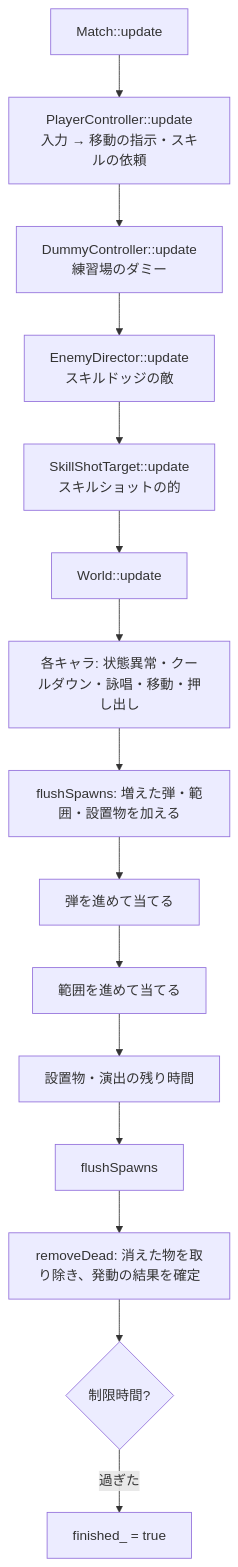
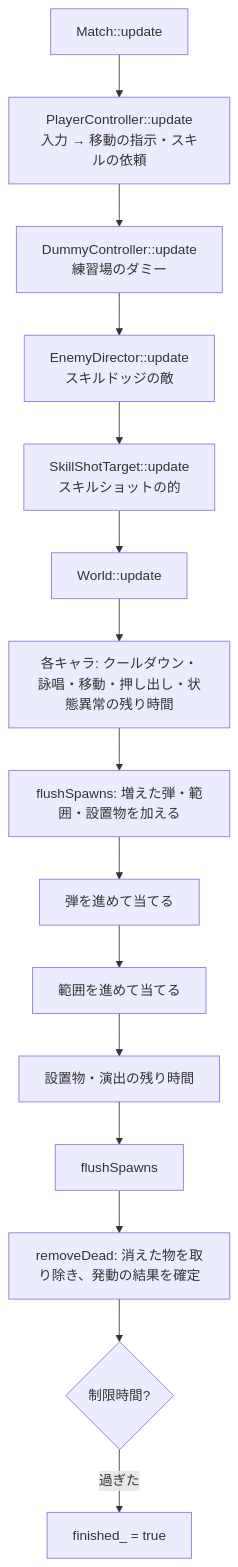
The fifth of 6 diagrams in docs/design/02-architecture.md (Sortorow/moba-trainer), drawn with Mermaid before and after one commit. The commit also changed other lines of this file and 37 other files, not shown here.

````diff
--- a/docs/design/02-architecture.md
+++ b/docs/design/02-architecture.md
@@ -268,17 +268,17 @@
 ```mermaid
 flowchart TD
     A[Match::update] --> B[PlayerController::update<br/>入力 → 移動の指示・スキルの依頼]
     B --> C[DummyController::update<br/>練習場のダミー]
     C --> D[EnemyDirector::update<br/>スキルドッジの敵]
     D --> E[SkillShotTarget::update<br/>スキルショットの的]
     E --> F[World::update]
-    F --> F1[各キャラ: 状態異常・クールダウン・詠唱・移動・押し出し]
+    F --> F1[各キャラ: クールダウン・詠唱・移動・押し出し・状態異常の残り時間]
     F1 --> F2[flushSpawns: 増えた弾・範囲・設置物を加える]
     F2 --> F3[弾を進めて当てる]
     F3 --> F4[範囲を進めて当てる]
     F4 --> F5[設置物・演出の残り時間]
     F5 --> F6[flushSpawns]
     F6 --> F7[removeDead: 消えた物を取り除き、発動の結果を確定]
     F7 --> G{制限時間?}
     G -->|過ぎた| H[finished_ = true]
 ```
````
